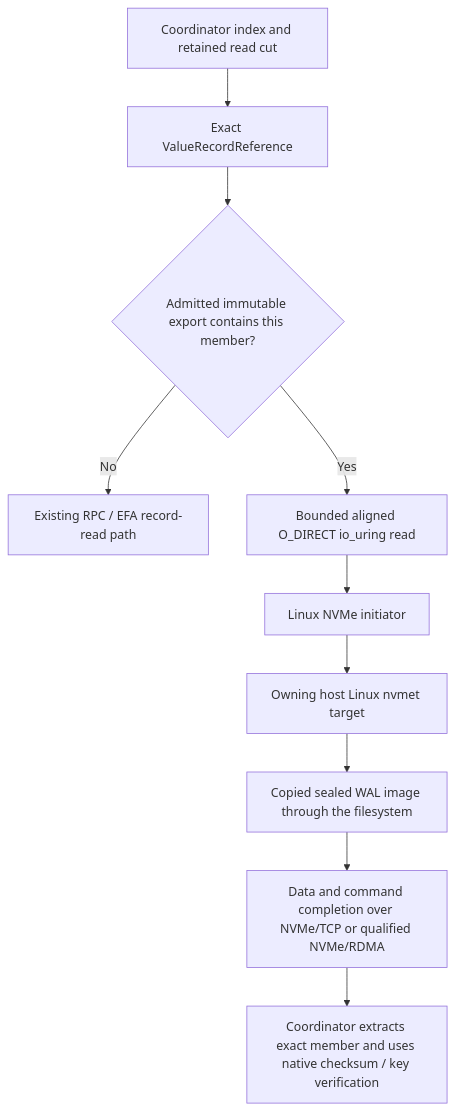
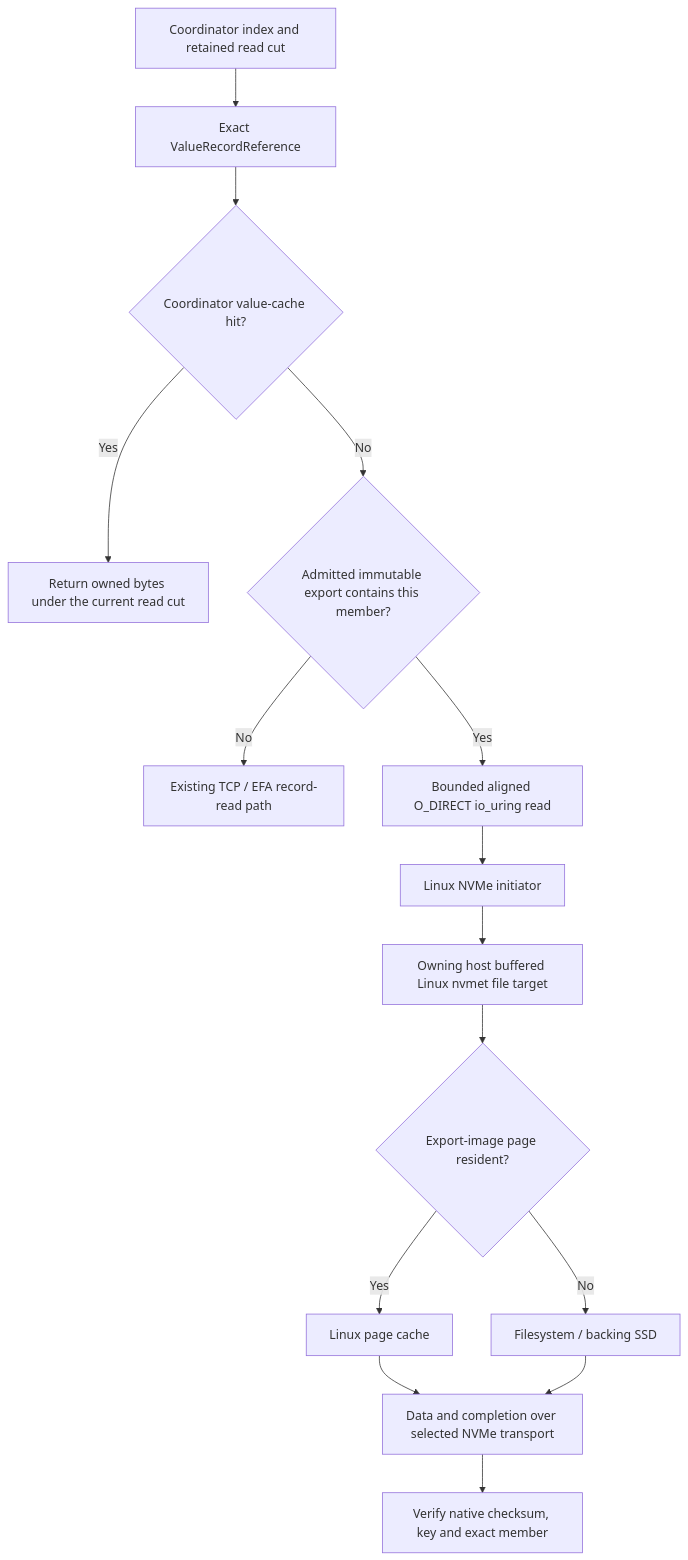
The diagram in docs/distributed/LINUX_NVME_OF_READ_BACKEND_2026-10-31.md (Loris-EPFL/tidehunter-distributed), drawn with Mermaid before and after one commit. The commit also changed other lines of this file and 126 other files, not shown here.

Commit message:
Replace owner value caching with Linux cached NVMe exports

````diff
--- a/docs/distributed/LINUX_NVME_OF_READ_BACKEND_2026-10-31.md
+++ b/docs/distributed/LINUX_NVME_OF_READ_BACKEND_2026-10-31.md
@@ -17,12 +17,17 @@
 ```mermaid
 flowchart TD
     A[Coordinator index and retained read cut] --> B[Exact ValueRecordReference]
-    B --> C{Admitted immutable export contains this member?}
-    C -->|No| D[Existing RPC / EFA record-read path]
+    B --> K{Coordinator value-cache hit?}
+    K -->|Yes| L[Return owned bytes under the current read cut]
+    K -->|No| C{Admitted immutable export contains this member?}
+    C -->|No| D[Existing TCP / EFA record-read path]
     C -->|Yes| E[Bounded aligned O_DIRECT io_uring read]
     E --> F[Linux NVMe initiator]
-    F --> G[Owning host Linux nvmet target]
-    G --> H[Copied sealed WAL image through the filesystem]
-    H --> I[Data and command completion over NVMe/TCP or qualified NVMe/RDMA]
-    I --> J[Coordinator extracts exact member and uses native checksum / key verification]
+    F --> G[Owning host buffered Linux nvmet file target]
+    G --> H{Export-image page resident?}
+    H -->|Yes| R[Linux page cache]
+    H -->|No| S[Filesystem / backing SSD]
+    R --> I[Data and completion over selected NVMe transport]
+    S --> I
+    I --> J[Verify native checksum, key and exact member]
 ```
````
